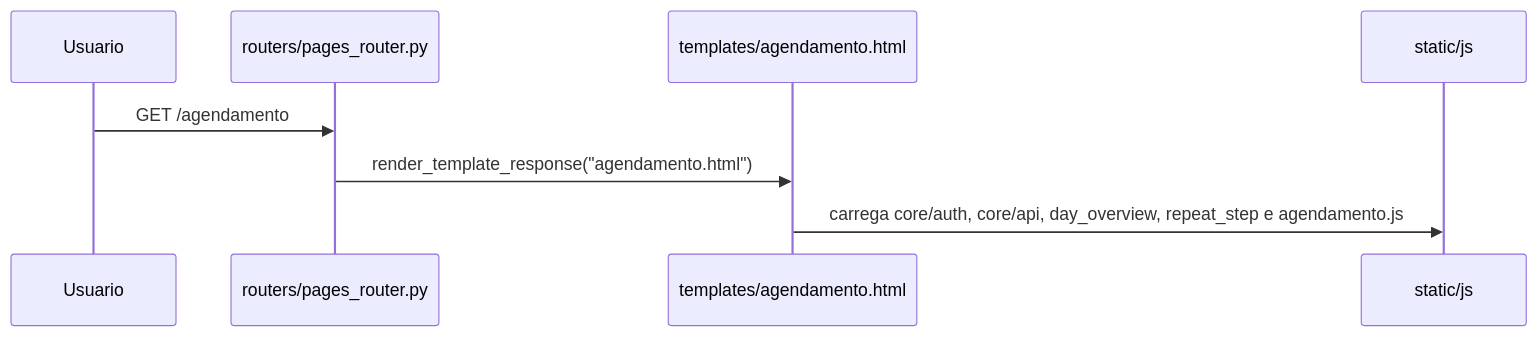
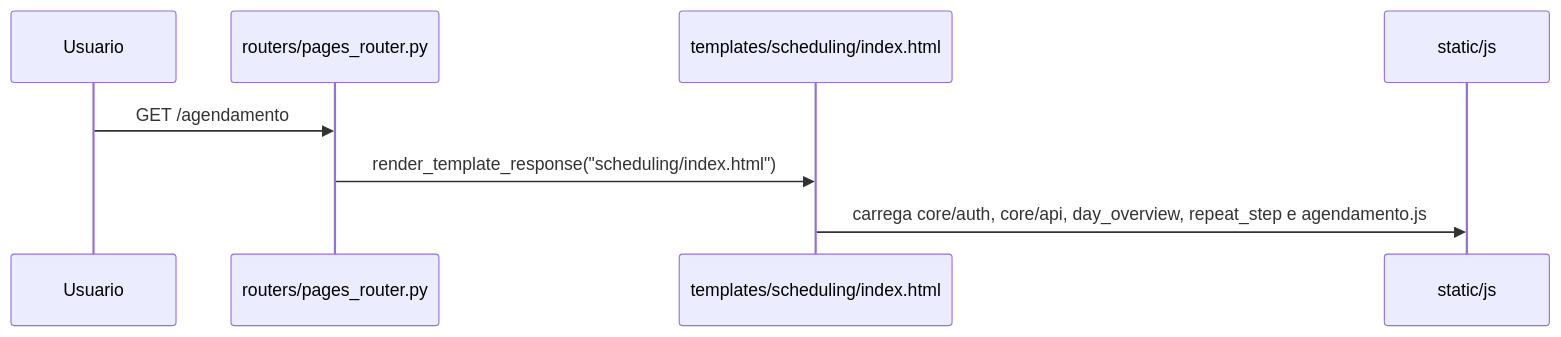
Before and after one commit to lucaoverso/impress: the first of 9 diagrams in docs/06-fluxos/agendamento.md, drawn with Mermaid. The commit also changed other lines of this file and 157 other files, not shown here.

````diff
--- a/docs/06-fluxos/agendamento.md
+++ b/docs/06-fluxos/agendamento.md
@@ -9,11 +9,11 @@
 ```mermaid
 sequenceDiagram
     participant U as Usuario
     participant P as routers/pages_router.py
-    participant T as templates/agendamento.html
+    participant T as templates/scheduling/index.html
     participant JS as static/js
 
     U->>P: GET /agendamento
-    P->>T: render_template_response("agendamento.html")
+    P->>T: render_template_response("scheduling/index.html")
     T->>JS: carrega core/auth, core/api, day_overview, repeat_step e agendamento.js
 ```
````
